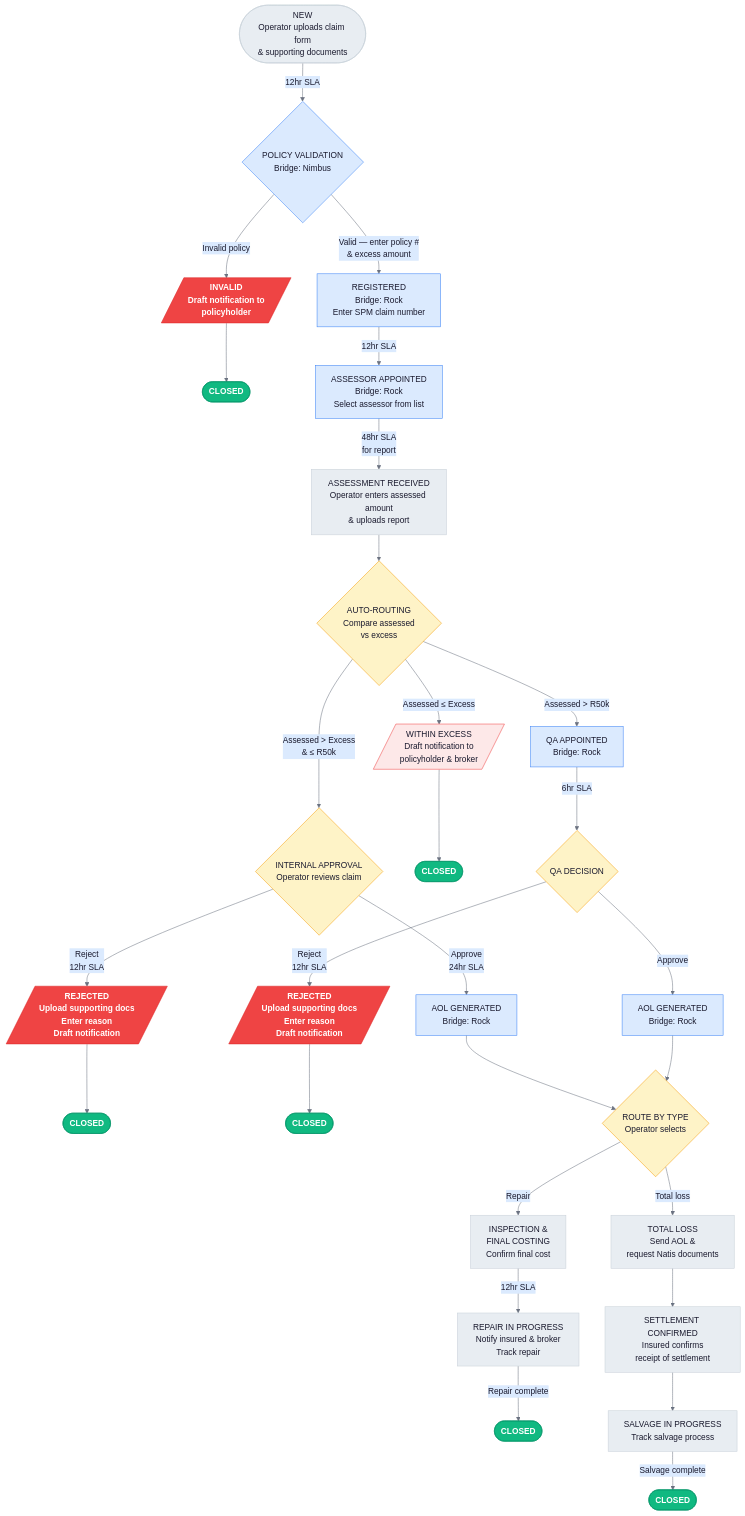
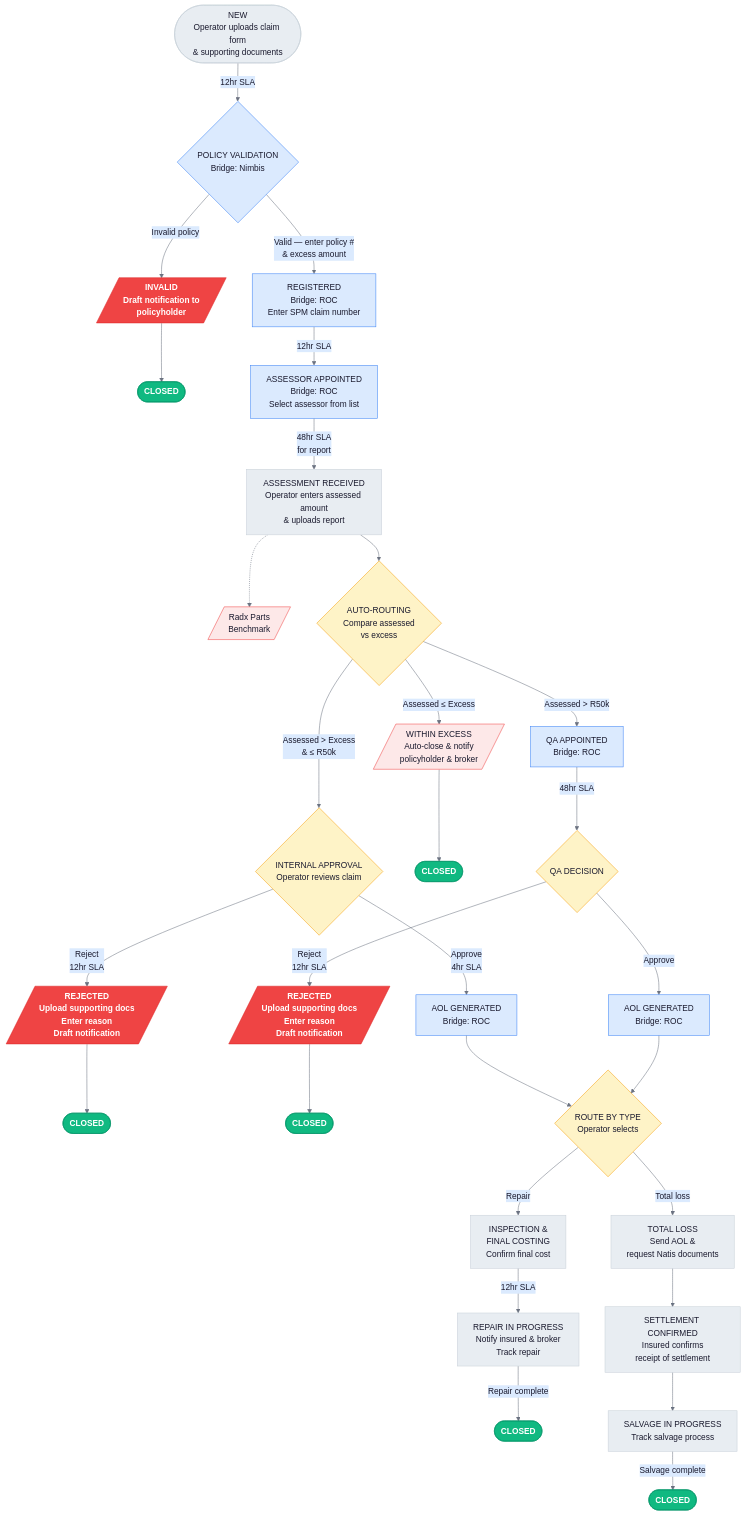
Before and after one commit to Fr3nn3r/rtu-demo: the diagram in docs/diagrams/workflow-accident.mmd, drawn with Mermaid. The commit also changed 2 other files, not shown here.

Commit message:
docs: update workflow diagrams with corrected naming and SLA timings

```diff
--- a/docs/diagrams/workflow-accident.mmd
+++ b/docs/diagrams/workflow-accident.mmd
@@ -1,101 +1,103 @@
 %%{init: {'theme':'base', 'themeVariables': {
   'primaryColor':'#E8EDF2',
   'primaryTextColor':'#1A1A2E',
   'primaryBorderColor':'#C8D0D8',
   'lineColor':'#6B7280',
   'secondaryColor':'#DBEAFE',
   'tertiaryColor':'#FEF3C7'
 }}}%%
 flowchart TD
     NEW([NEW<br/>Operator uploads claim form<br/>& supporting documents])
     NEW -->|"12hr SLA"| PV
 
-    PV{POLICY VALIDATION<br/>Bridge: Nimbus}
+    PV{POLICY VALIDATION<br/>Bridge: Nimbis}
     PV -->|"Invalid policy"| INVALID
     PV -->|"Valid — enter policy #<br/>& excess amount"| REG
 
     INVALID[/"INVALID<br/>Draft notification to<br/>policyholder"/]
     INVALID --> CLOSED_INV
 
-    REG[REGISTERED<br/>Bridge: Rock<br/>Enter SPM claim number]
+    REG[REGISTERED<br/>Bridge: ROC<br/>Enter SPM claim number]
     REG -->|"12hr SLA"| ASSESS_APPT
 
-    ASSESS_APPT[ASSESSOR APPOINTED<br/>Bridge: Rock<br/>Select assessor from list]
+    ASSESS_APPT[ASSESSOR APPOINTED<br/>Bridge: ROC<br/>Select assessor from list]
     ASSESS_APPT -->|"48hr SLA<br/>for report"| ASSESS_RCV
 
     ASSESS_RCV[ASSESSMENT RECEIVED<br/>Operator enters assessed amount<br/>& uploads report]
+    RADX[/"Radx Parts<br/>Benchmark"/]
+    ASSESS_RCV -.-> RADX
     ASSESS_RCV --> ROUTING
 
     ROUTING{AUTO-ROUTING<br/>Compare assessed<br/>vs excess}
 
     ROUTING -->|"Assessed ≤ Excess"| WITHIN_EX
     ROUTING -->|"Assessed > Excess<br/>& ≤ R50k"| INT_APPR
     ROUTING -->|"Assessed > R50k"| QA
 
-    WITHIN_EX[/"WITHIN EXCESS<br/>Draft notification to<br/>policyholder & broker"/]
+    WITHIN_EX[/"WITHIN EXCESS<br/>Auto-close &amp; notify<br/>policyholder &amp; broker"/]
     WITHIN_EX --> CLOSED_EX
 
     INT_APPR{INTERNAL APPROVAL<br/>Operator reviews claim}
-    INT_APPR -->|"Approve<br/>24hr SLA"| AOL1
+    INT_APPR -->|"Approve<br/>4hr SLA"| AOL1
     INT_APPR -->|"Reject<br/>12hr SLA"| REJ_INT
 
     REJ_INT[/"REJECTED<br/>Upload supporting docs<br/>Enter reason<br/>Draft notification"/]
     REJ_INT --> CLOSED_REJ1
 
-    QA[QA APPOINTED<br/>Bridge: Rock]
-    QA -->|"6hr SLA"| QA_DEC
+    QA[QA APPOINTED<br/>Bridge: ROC]
+    QA -->|"48hr SLA"| QA_DEC
 
     QA_DEC{QA DECISION}
     QA_DEC -->|"Approve"| AOL2
     QA_DEC -->|"Reject<br/>12hr SLA"| REJ_QA
 
     REJ_QA[/"REJECTED<br/>Upload supporting docs<br/>Enter reason<br/>Draft notification"/]
     REJ_QA --> CLOSED_REJ2
 
-    AOL1[AOL GENERATED<br/>Bridge: Rock]
-    AOL2[AOL GENERATED<br/>Bridge: Rock]
+    AOL1[AOL GENERATED<br/>Bridge: ROC]
+    AOL2[AOL GENERATED<br/>Bridge: ROC]
     AOL1 --> ROUTE_TYPE
     AOL2 --> ROUTE_TYPE
 
     ROUTE_TYPE{ROUTE BY TYPE<br/>Operator selects}
 
     ROUTE_TYPE -->|"Repair"| INSPECT
     ROUTE_TYPE -->|"Total loss"| TOTAL_LOSS
 
     INSPECT[INSPECTION &<br/>FINAL COSTING<br/>Confirm final cost]
     INSPECT -->|"12hr SLA"| REPAIR
 
     REPAIR[REPAIR IN PROGRESS<br/>Notify insured & broker<br/>Track repair]
     REPAIR -->|"Repair complete"| CLOSED_REPAIR
 
     TOTAL_LOSS[TOTAL LOSS<br/>Send AOL &<br/>request Natis documents]
     TOTAL_LOSS --> SETTLE
 
     SETTLE[SETTLEMENT CONFIRMED<br/>Insured confirms<br/>receipt of settlement]
     SETTLE --> SALVAGE
 
     SALVAGE[SALVAGE IN PROGRESS<br/>Track salvage process]
     SALVAGE -->|"Salvage complete"| CLOSED_SALVAGE
 
     %% Terminal states
     CLOSED_INV([CLOSED])
     CLOSED_EX([CLOSED])
     CLOSED_REJ1([CLOSED])
     CLOSED_REJ2([CLOSED])
     CLOSED_REPAIR([CLOSED])
     CLOSED_SALVAGE([CLOSED])
 
     %% Styling
     classDef closedState fill:#10B981,stroke:#059669,color:#fff,font-weight:bold
     classDef rejectedState fill:#EF4444,stroke:#DC2626,color:#fff,font-weight:bold
     classDef invalidState fill:#EF4444,stroke:#DC2626,color:#fff,font-weight:bold
     classDef bridgeStep fill:#DBEAFE,stroke:#3B82F6,color:#1A1A2E
     classDef decisionNode fill:#FEF3C7,stroke:#F59E0B,color:#1A1A2E
     classDef draftStep fill:#FDE8E8,stroke:#EF4444,color:#1A1A2E
 
     class CLOSED_INV,CLOSED_EX,CLOSED_REPAIR,CLOSED_SALVAGE closedState
     class CLOSED_REJ1,CLOSED_REJ2 closedState
     class INVALID,REJ_INT,REJ_QA invalidState
     class PV,REG,ASSESS_APPT,QA,AOL1,AOL2 bridgeStep
     class ROUTING,INT_APPR,QA_DEC,ROUTE_TYPE decisionNode
-    class WITHIN_EX draftStep
+    class WITHIN_EX,RADX draftStep
```
